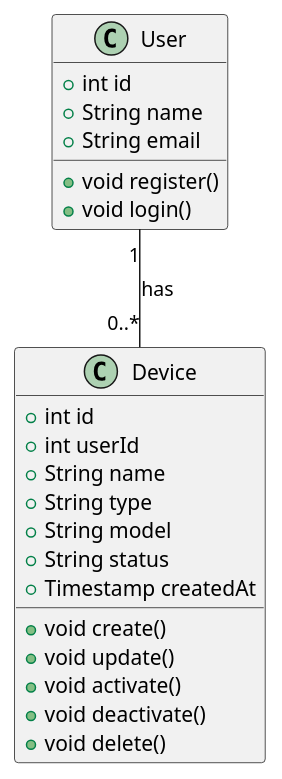
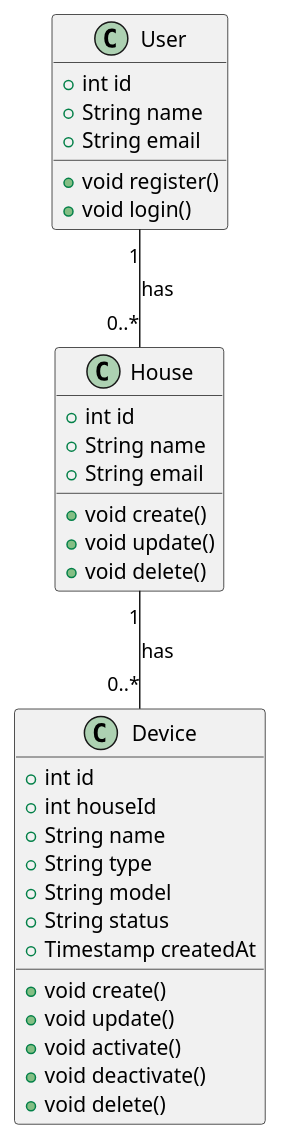
One commit to Yandex-Practicum/architecture-pro-warmhouse changed the diagram in schemas/C4_code.puml. Above: the diagram before and after it, drawn with PlantUML. The commit also changed 2 other files, not shown here.

```diff
--- a/schemas/C4_code.puml
+++ b/schemas/C4_code.puml
@@ -1,30 +1,41 @@
 @startuml
 
 class User {
   +int id
   +String name
   +String email
 
   +void register()
   +void login()
 }
 
+class House {
+  +int id
+  +String name
+  +String email
+
+  +void create()
+  +void update()
+  +void delete()
+}
+
 class Device {
   +int id
-  +int userId
+  +int houseId
   +String name
   +String type
   +String model
   +String status
   +Timestamp createdAt
 
   +void create()
   +void update()
   +void activate()
   +void deactivate()
   +void delete()
 }
 
-User "1" -- "0..*" Device : has
+User "1" -- "0..*" House : has
+House "1" -- "0..*" Device : has
 
 @enduml
```
